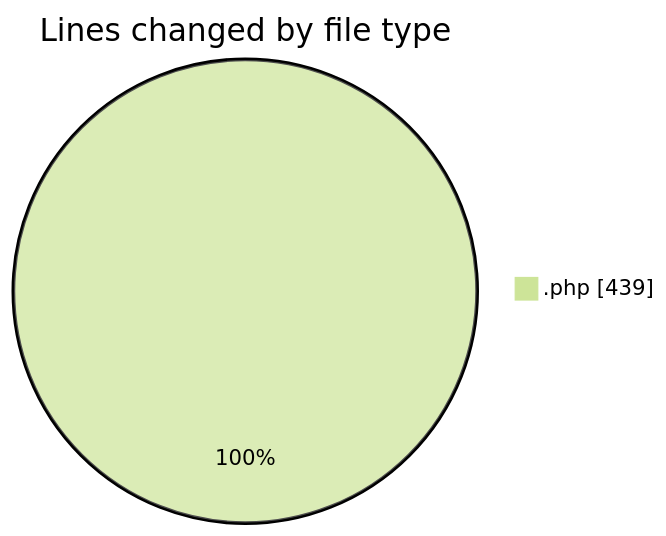
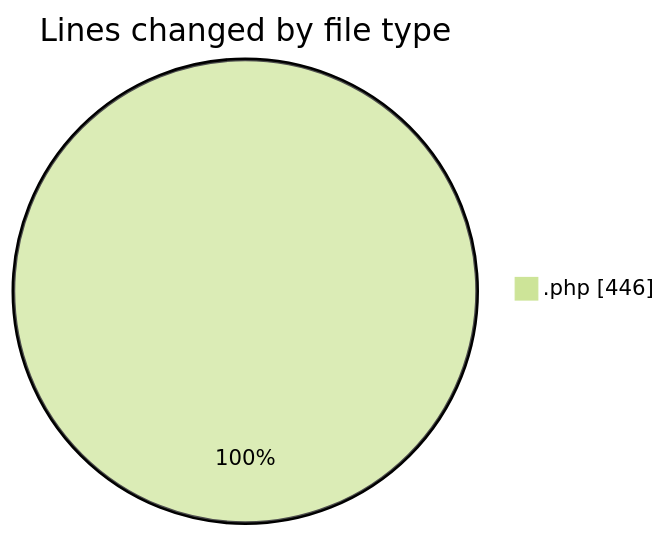
One commit to debugP/code-tracking changed the first of 2 diagrams in 2025-10-08/untitled__workspace_/README.md. Above: the diagram before and after it, drawn with Mermaid (forest theme). The commit also changed other lines of this file and 1 other file, not shown here.

````diff
--- a/2025-10-08/untitled__workspace_/README.md
+++ b/2025-10-08/untitled__workspace_/README.md
@@ -22,5 +22,5 @@
 ```mermaid
 pie showData
 title Lines changed by file type
-".php" : 439
+".php" : 446
 ```
````
